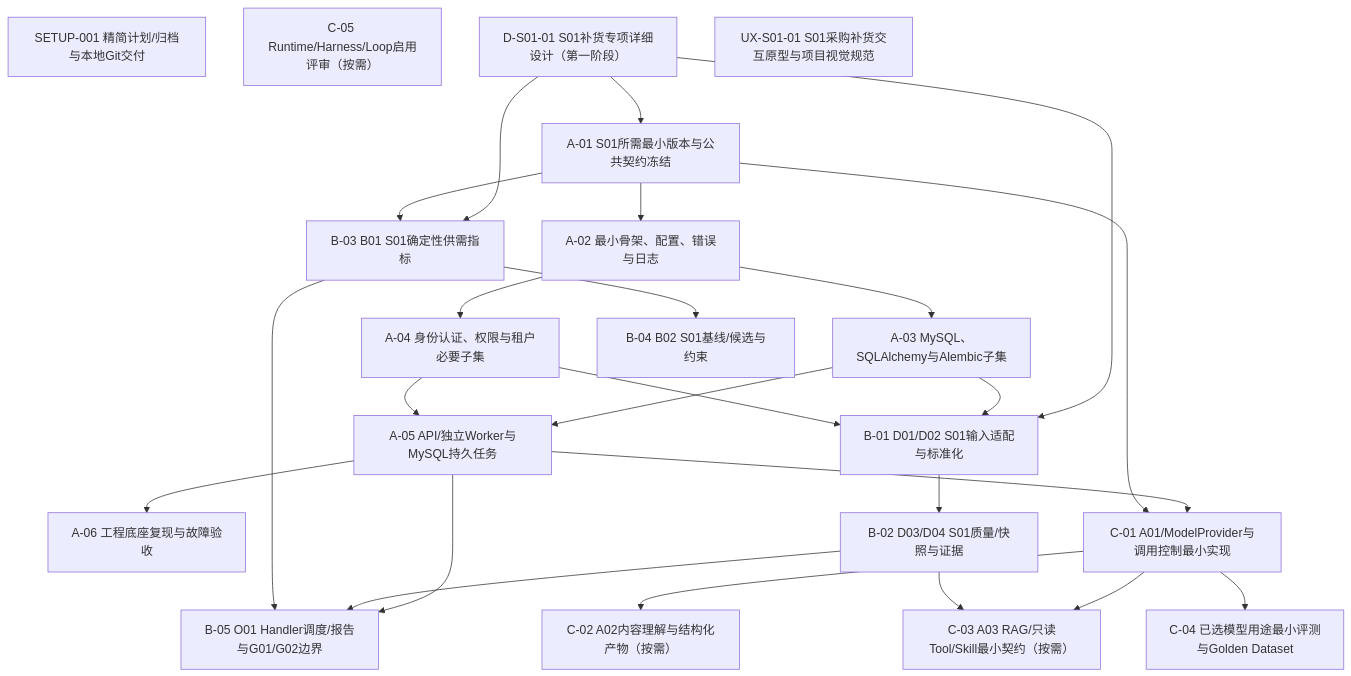
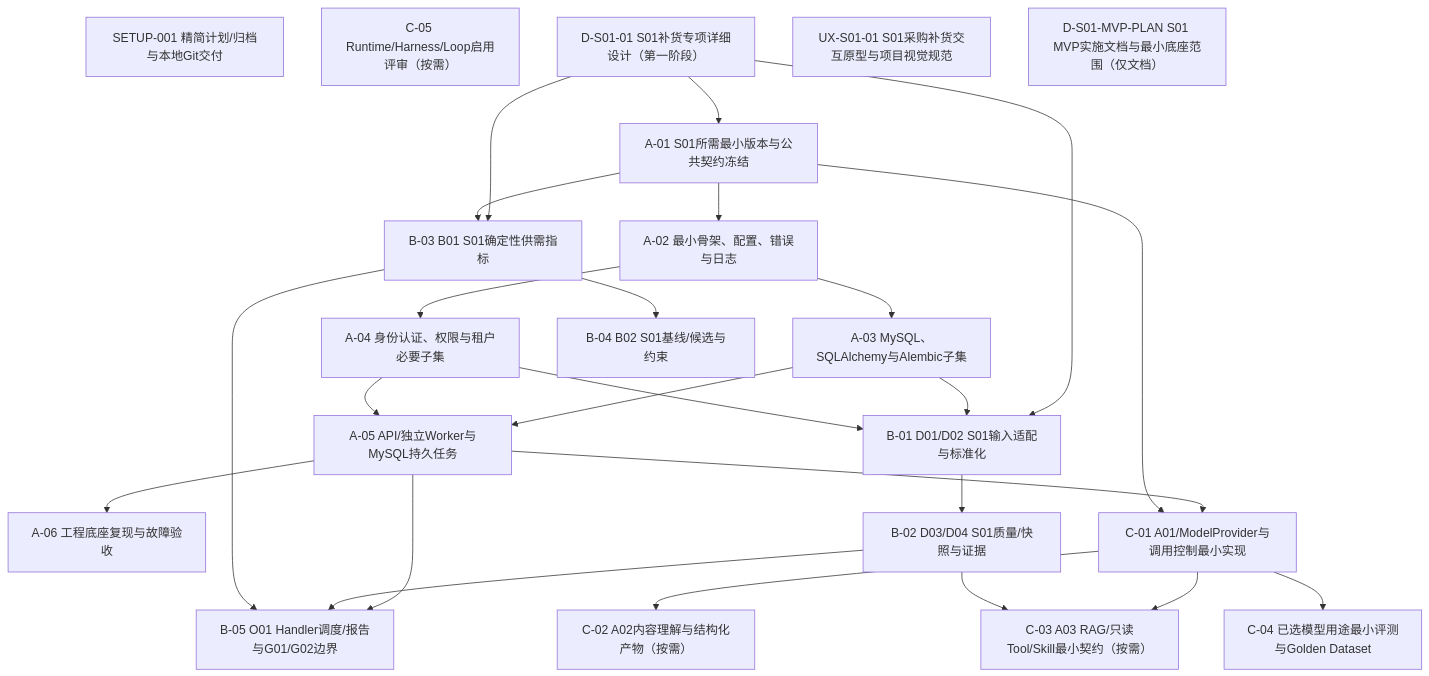
The diagram in docs/generated/DEPENDENCIES.mmd (yujie-213/cross-border-ecommerce-ai-platform), drawn with Mermaid before and after one commit. The commit also changed 4 other files, not shown here.

```diff
--- a/docs/generated/DEPENDENCIES.mmd
+++ b/docs/generated/DEPENDENCIES.mmd
@@ -1,44 +1,45 @@
-%% TASKS sourceSha256=a0fbc13c72e4905b2054fd25e27696b380c879dbee9e18484bda1fa4aa2ce861
+%% TASKS sourceSha256=e2949f01e95561ec1bad42447153f6e00173b90b3b0faf484ea682940065e92e
 flowchart TB
   SETUP_001["SETUP-001 精简计划/归档与本地Git交付"]
   A_01["A-01 S01所需最小版本与公共契约冻结"]
   A_02["A-02 最小骨架、配置、错误与日志"]
   A_03["A-03 MySQL、SQLAlchemy与Alembic子集"]
   A_04["A-04 身份认证、权限与租户必要子集"]
   A_05["A-05 API/独立Worker与MySQL持久任务"]
   A_06["A-06 工程底座复现与故障验收"]
   B_01["B-01 D01/D02 S01输入适配与标准化"]
   B_02["B-02 D03/D04 S01质量/快照与证据"]
   B_03["B-03 B01 S01确定性供需指标"]
   B_04["B-04 B02 S01基线/候选与约束"]
   B_05["B-05 O01 Handler调度/报告与G01/G02边界"]
   C_01["C-01 A01/ModelProvider与调用控制最小实现"]
   C_02["C-02 A02内容理解与结构化产物（按需）"]
   C_03["C-03 A03 RAG/只读Tool/Skill最小契约（按需）"]
   C_04["C-04 已选模型用途最小评测与Golden Dataset"]
   C_05["C-05 Runtime/Harness/Loop启用评审（按需）"]
   D_S01_01["D-S01-01 S01补货专项详细设计（第一阶段）"]
   UX_S01_01["UX-S01-01 S01采购补货交互原型与项目视觉规范"]
+  D_S01_MVP_PLAN["D-S01-MVP-PLAN S01 MVP实施文档与最小底座范围（仅文档）"]
   D_S01_01 --> A_01
   A_01 --> A_02
   A_02 --> A_03
   A_02 --> A_04
   A_03 --> A_05
   A_04 --> A_05
   A_05 --> A_06
   D_S01_01 --> B_01
   A_03 --> B_01
   A_04 --> B_01
   B_01 --> B_02
   D_S01_01 --> B_03
   A_01 --> B_03
   B_03 --> B_04
   A_05 --> B_05
   B_02 --> B_05
   B_03 --> B_05
   A_05 --> C_01
   A_01 --> C_01
   C_01 --> C_02
   C_01 --> C_03
   B_02 --> C_03
   C_01 --> C_04
```
